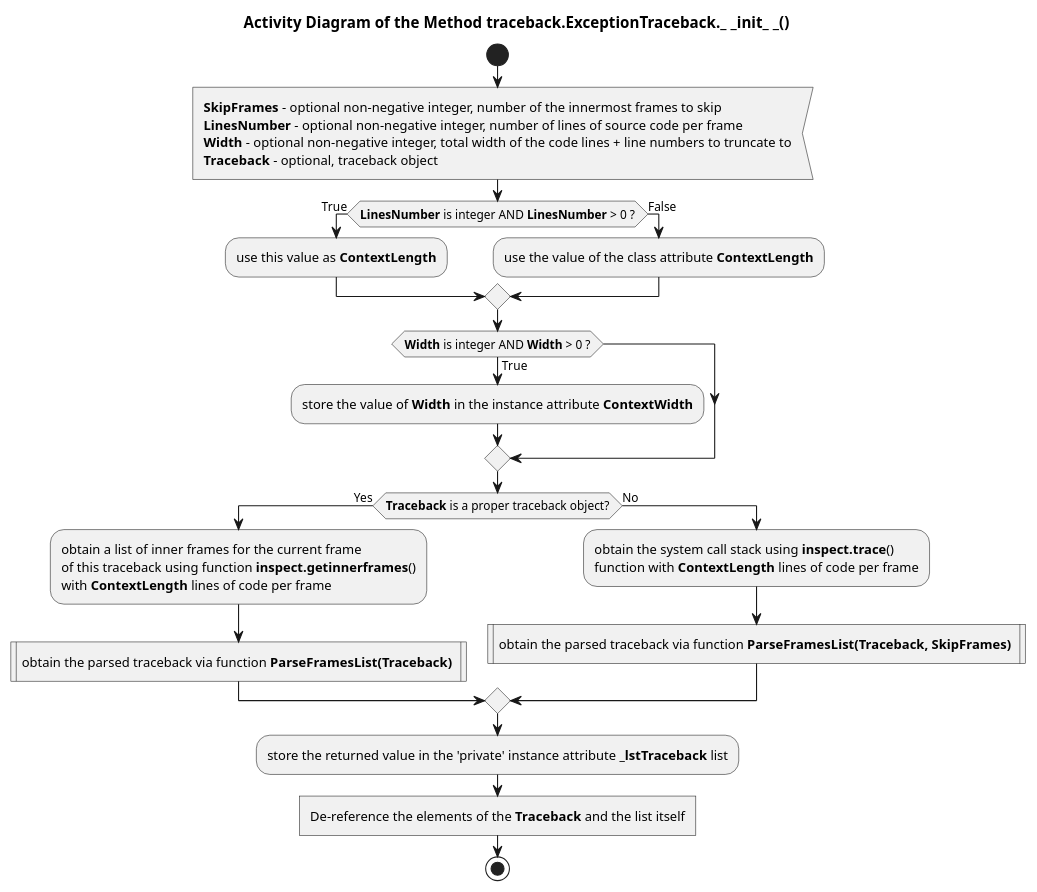
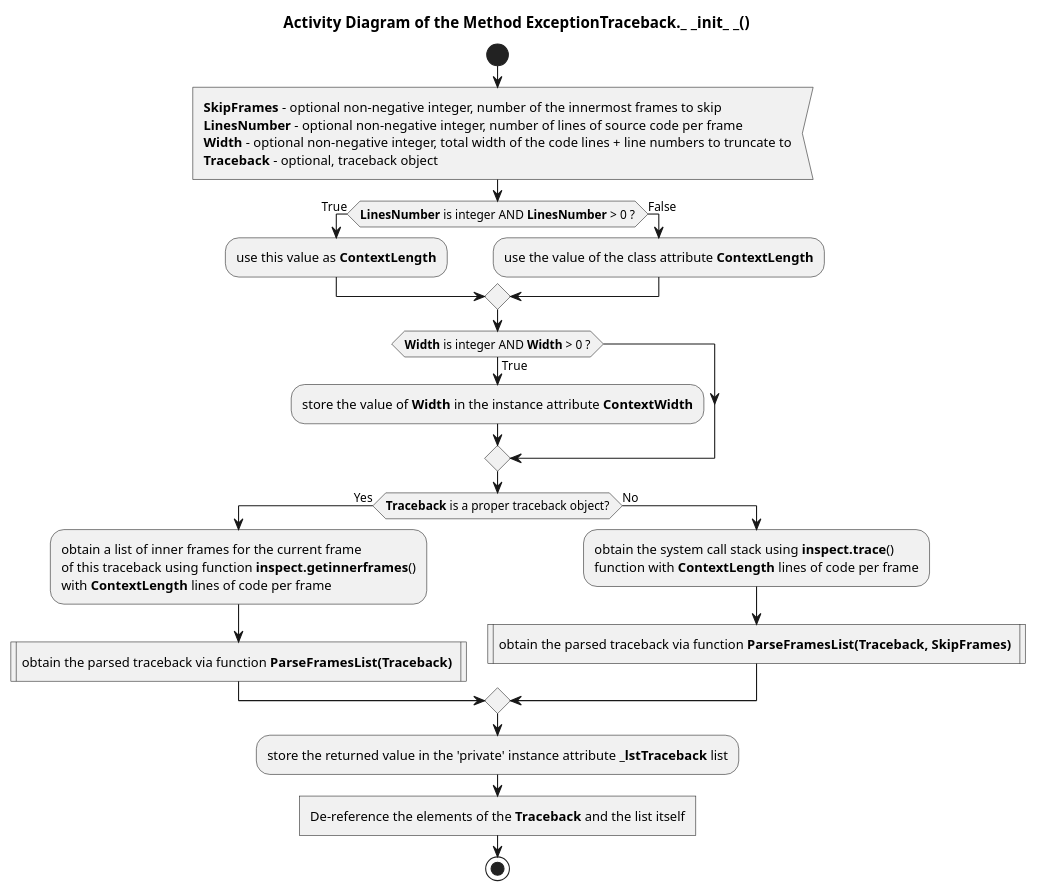
The diagram in Documentation/UML/traceback/traceback_exceptiontraceback_init.pu (FooBarShebang/introspection_lib), drawn with PlantUML before and after one commit. The commit also changed 18 other files, not shown here.

Commit message:
updated UML diagrams

```diff
--- a/Documentation/UML/traceback/traceback_exceptiontraceback_init.pu
+++ b/Documentation/UML/traceback/traceback_exceptiontraceback_init.pu
@@ -1,38 +1,38 @@
 @startuml traceback_exceptiontraceback_init
 
-title Activity Diagram of the Method traceback.ExceptionTraceback._ _init_ _()
+title Activity Diagram of the Method ExceptionTraceback._ _init_ _()
 
 start
 
 :<b>SkipFrames</b> - optional non-negative integer, number of the innermost frames to skip
 <b>LinesNumber</b> - optional non-negative integer, number of lines of source code per frame
 <b>Width</b> - optional non-negative integer, total width of the code lines + line numbers to truncate to
 <b>Traceback</b> - optional, traceback object<
 
 if (<b>LinesNumber</b> is integer AND <b>LinesNumber</b> > 0 ?) then (True)
     :use this value as <b>ContextLength</b>;
 else (False)
     :use the value of the class attribute <b>ContextLength</b>;
 endif
 
 if (<b>Width</b> is integer AND <b>Width</b> > 0 ?) then (True)
     :store the value of <b>Width</b> in the instance attribute <b>ContextWidth</b>;
 endif
 
 if (<b>Traceback</b> is a proper traceback object?) then (Yes)
     :obtain a list of inner frames for the current frame\nof this traceback using function <b>inspect.getinnerframes</b>()\nwith <b>ContextLength</b> lines of code per frame;
 
     :obtain the parsed traceback via function <b>ParseFramesList(Traceback)</b> |
 else (No)
     :obtain the system call stack using <b>inspect.trace</b>()\nfunction with <b>ContextLength</b> lines of code per frame;
 
     :obtain the parsed traceback via function <b>ParseFramesList(Traceback, SkipFrames)</b> |
 endif
 
 :store the returned value in the 'private' instance attribute <b>_lstTraceback</b> list;
 
 :De-reference the elements of the <b>Traceback</b> and the list itself]
 
 stop
 
 @enduml
```
